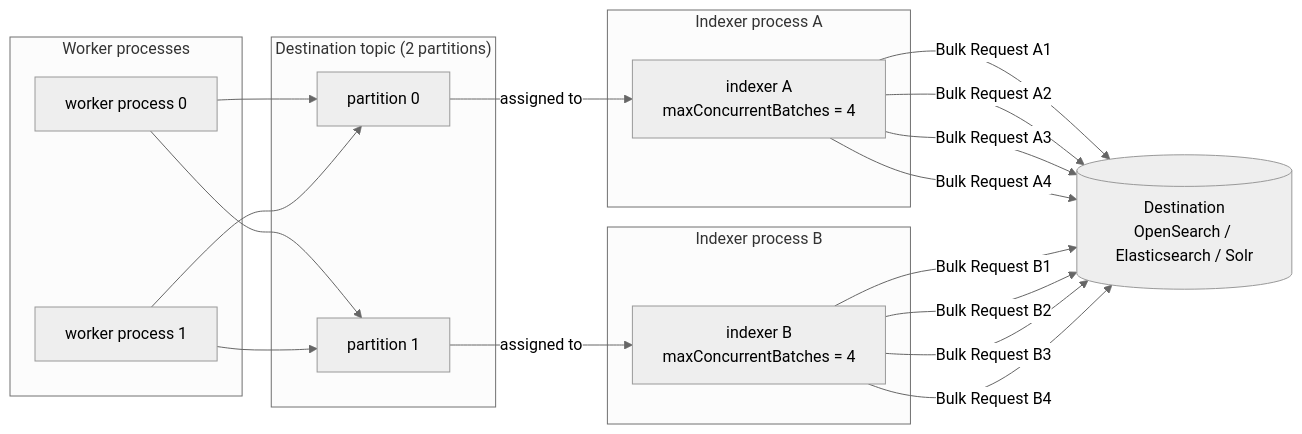
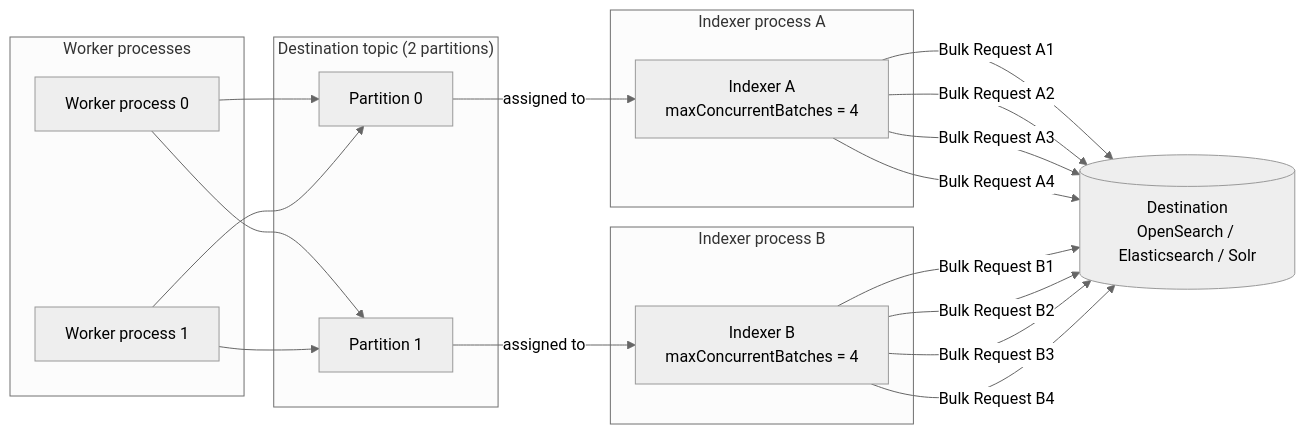
The fifth of 5 diagrams in doc/site/content/en/docs/operations/indexing-throughput/indexing-fan-out.md (kmwtechnology/lucille), drawn with Mermaid (neutral theme) before and after one commit. The commit also changed other lines of this file, not shown here.

Commit message:
update diagram labels to begin in uppercase

````diff
--- a/doc/site/content/en/docs/operations/indexing-throughput/indexing-fan-out.md
+++ b/doc/site/content/en/docs/operations/indexing-throughput/indexing-fan-out.md
@@ -235,40 +235,40 @@
 ```mermaid
 flowchart LR
     subgraph WORKERS["Worker processes"]
-        WP0["worker process 0"]
-        WP1["worker process 1"]
+        WP0["Worker process 0"]
+        WP1["Worker process 1"]
     end
 
     subgraph DT["Destination topic (2 partitions)"]
-        DP0["partition 0"]
-        DP1["partition 1"]
+        DP0["Partition 0"]
+        DP1["Partition 1"]
     end
 
     subgraph IP0["Indexer process A"]
-        IDX0["indexer A<br/>maxConcurrentBatches = 4"]
+        IDX0["Indexer A<br/>maxConcurrentBatches = 4"]
     end
 
     subgraph IP1["Indexer process B"]
-        IDX1["indexer B<br/>maxConcurrentBatches = 4"]
+        IDX1["Indexer B<br/>maxConcurrentBatches = 4"]
     end
 
     DEST[("Destination<br/>OpenSearch / Elasticsearch / Solr")]
 
     WP0 --> DP0
     WP0 --> DP1
     WP1 --> DP0
     WP1 --> DP1
 
     DP0 -->|assigned to| IDX0
     DP1 -->|assigned to| IDX1
 
     IDX0 -->|"Bulk Request A1"| DEST
     IDX0 -->|"Bulk Request A2"| DEST
     IDX0 -->|"Bulk Request A3"| DEST
     IDX0 -->|"Bulk Request A4"| DEST
 
     IDX1 -->|"Bulk Request B1"| DEST
     IDX1 -->|"Bulk Request B2"| DEST
     IDX1 -->|"Bulk Request B3"| DEST
     IDX1 -->|"Bulk Request B4"| DEST
 ```
````
